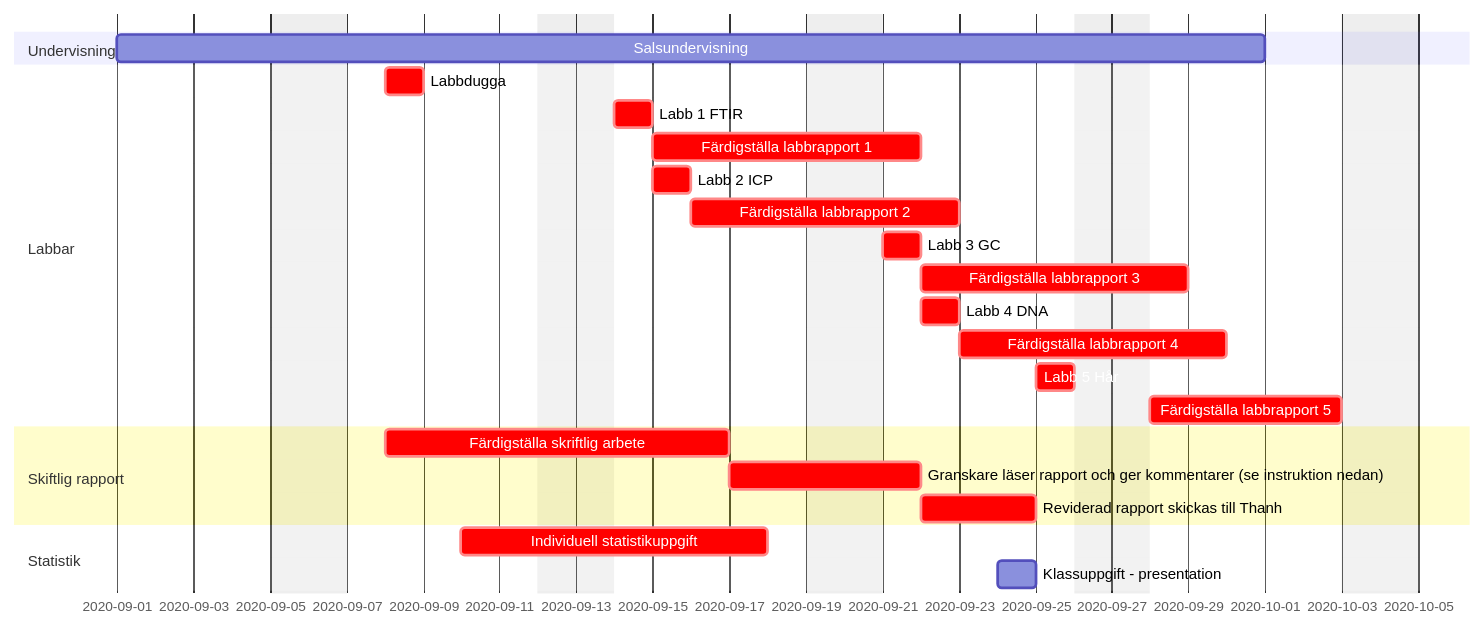
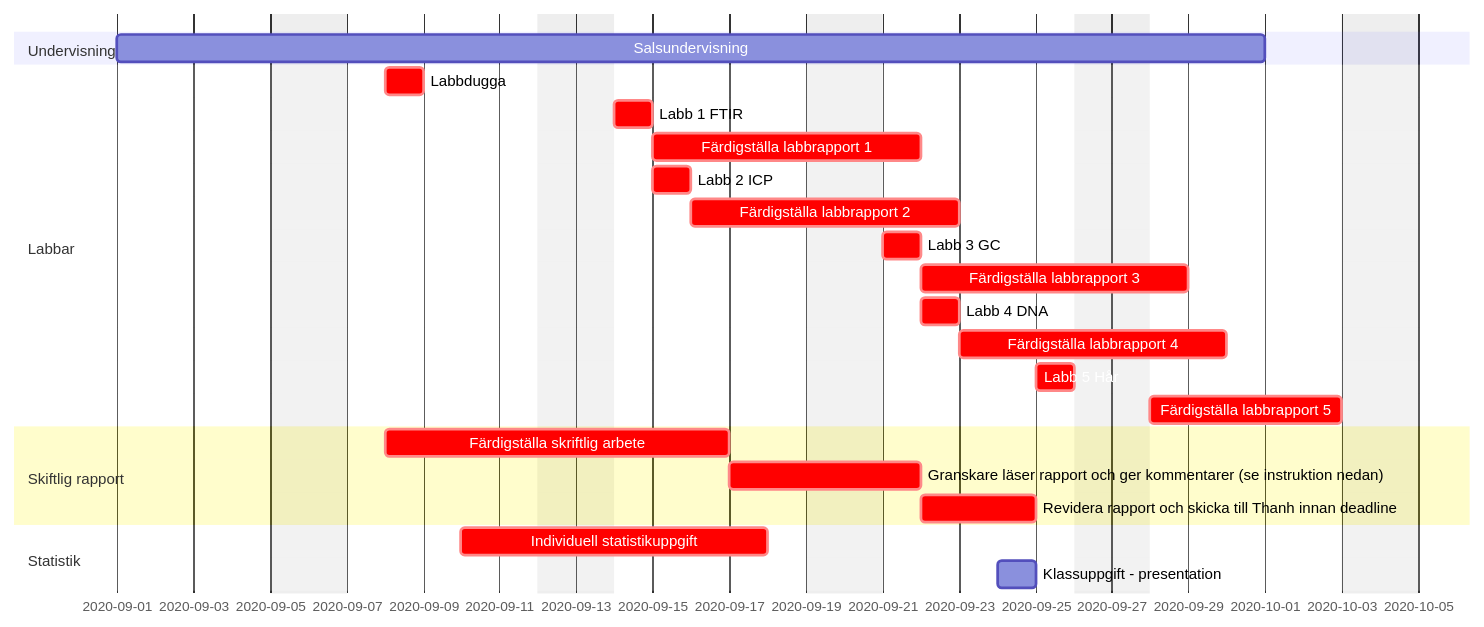
The diagram in content/kursupplagg/gantt/gantt.md (WBS-TW/KE201G), drawn with Mermaid before and after one commit. The commit also changed other lines of this file and 36 other files, not shown here.

````diff
--- a/content/kursupplagg/gantt/gantt.md
+++ b/content/kursupplagg/gantt/gantt.md
@@ -43,30 +43,30 @@
 ```mermaid
 gantt
   dateFormat  YYYY-MM-DD
   excludes weekdays saturday,sunday
   
   section Undervisning
   Salsundervisning: 2020-09-01, 2020-10-01
   
   section Labbar
   Labbdugga: crit, LD, 2020-09-08, 1d
   Labb 1 FTIR: crit, L1, 2020-09-14, 1d
   Färdigställa labbrapport 1: crit, after L1, 5d
   Labb 2 ICP: crit, L2, 2020-09-15, 1d
   Färdigställa labbrapport 2: crit, after L2, 5d
   Labb 3 GC: crit, L3, 2020-09-21, 1d
   Färdigställa labbrapport 3: crit, after L3, 5d
   Labb 4 DNA: crit, L4, 2020-09-22, 1d
   Färdigställa labbrapport 4: crit, after L4, 5d
   Labb 5 Hår: crit, L5, 2020-09-25, 1d 
   Färdigställa labbrapport 5: crit, after L5, 5d
   
   section Skiftlig rapport
   Färdigställa skriftlig arbete: crit, 2020-09-08, 2020-09-17
   Granskare läser rapport och ger kommentarer (se instruktion nedan): crit, 2020-09-17, 2020-09-22
-  Reviderad rapport skickas till Thanh: crit, 2020-09-22, 2020-09-25  
+  Revidera rapport och skicka till Thanh innan deadline: crit, 2020-09-22, 2020-09-25  
   
   section Statistik
   Individuell statistikuppgift: crit, 2020-09-10, 2020-09-18
   Klassuppgift - presentation: 2020-09-24, 1d
 ```
````
